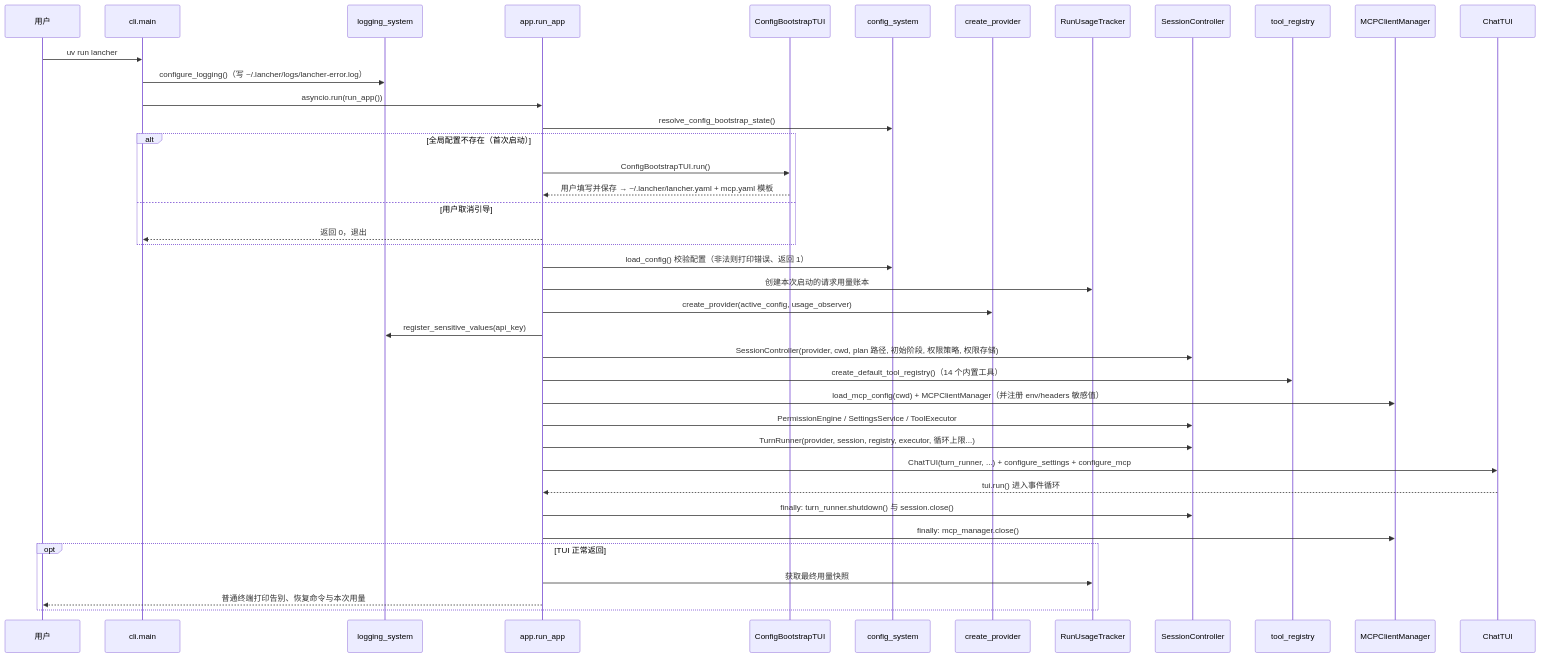
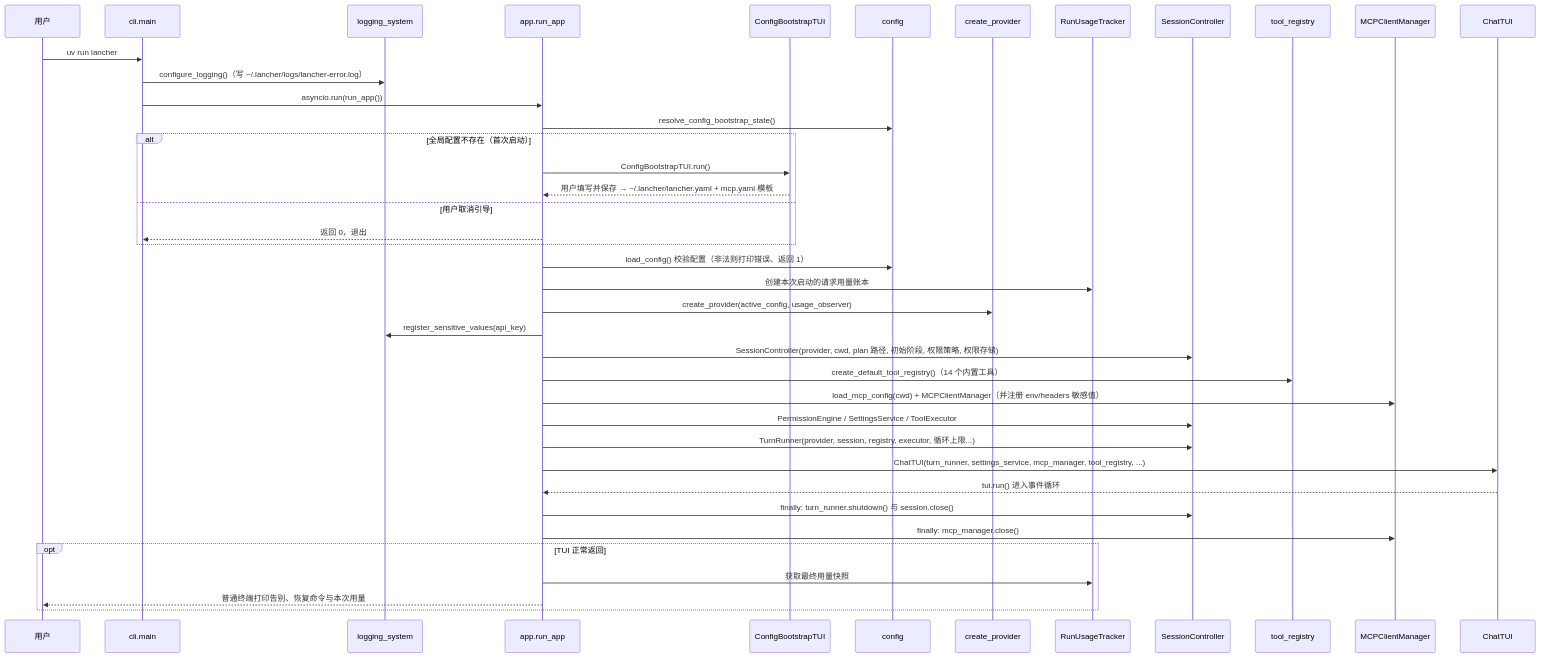
Before and after one commit to LangYiSheng/LanCher-Code: the diagram in docs/workflows/startup.md, drawn with Mermaid. The commit also changed other lines of this file and 315 other files, not shown here.

````diff
--- a/docs/workflows/startup.md
+++ b/docs/workflows/startup.md
@@ -7,43 +7,43 @@
 ```mermaid
 sequenceDiagram
     participant U as 用户
     participant CLI as cli.main
     participant LOG as logging_system
     participant APP as app.run_app
     participant BS as ConfigBootstrapTUI
-    participant CFG as config_system
+    participant CFG as config
     participant PF as create_provider
     participant USAGE as RunUsageTracker
     participant SS as SessionController
     participant REG as tool_registry
     participant MCP as MCPClientManager
     participant TUI as ChatTUI
 
     U->>CLI: uv run lancher
     CLI->>LOG: configure_logging()（写 ~/.lancher/logs/lancher-error.log）
     CLI->>APP: asyncio.run(run_app())
     APP->>CFG: resolve_config_bootstrap_state()
     alt 全局配置不存在（首次启动）
         APP->>BS: ConfigBootstrapTUI.run()
         BS-->>APP: 用户填写并保存 → ~/.lancher/lancher.yaml + mcp.yaml 模板
     else 用户取消引导
         APP-->>CLI: 返回 0，退出
     end
     APP->>CFG: load_config() 校验配置（非法则打印错误、返回 1）
     APP->>USAGE: 创建本次启动的请求用量账本
     APP->>PF: create_provider(active_config, usage_observer)
     APP->>LOG: register_sensitive_values(api_key)
     APP->>SS: SessionController(provider, cwd, plan 路径, 初始阶段, 权限策略, 权限存储)
     APP->>REG: create_default_tool_registry()（14 个内置工具）
     APP->>MCP: load_mcp_config(cwd) + MCPClientManager（并注册 env/headers 敏感值）
     APP->>SS: PermissionEngine / SettingsService / ToolExecutor
     APP->>SS: TurnRunner(provider, session, registry, executor, 循环上限...)
-    APP->>TUI: ChatTUI(turn_runner, ...) + configure_settings + configure_mcp
+    APP->>TUI: ChatTUI(turn_runner, settings_service, mcp_manager, tool_registry, ...)
     TUI-->>APP: tui.run() 进入事件循环
     APP->>SS: finally: turn_runner.shutdown() 与 session.close()
     APP->>MCP: finally: mcp_manager.close()
     opt TUI 正常返回
         APP->>USAGE: 获取最终用量快照
         APP-->>U: 普通终端打印告别、恢复命令与本次用量
     end
 ```
````
